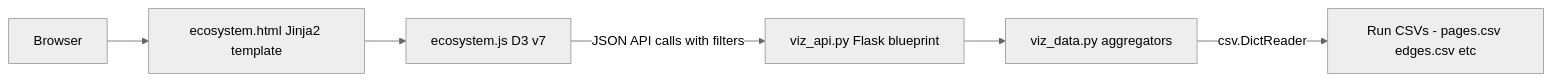
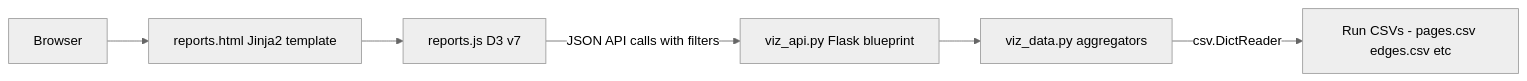
The seventh of 10 diagrams in architecture.md (hooperstu/CrawlStreetJournal), drawn with Mermaid (neutral theme) before and after one commit. The commit also changed other lines of this file and 2 other files, not shown here.

First line of the commit message:
docs: full audit and update of FUNCTIONAL_SPEC.md, architecture.md, and README.md (#11)

````diff
--- a/architecture.md
+++ b/architecture.md
@@ -580,15 +587,15 @@
 ```mermaid
 graph LR
     browser[Browser]
-    ecosystemHtml[ecosystem.html Jinja2 template]
-    ecosystemJs[ecosystem.js D3 v7]
+    reportsHtml[reports.html Jinja2 template]
+    reportsJs[reports.js D3 v7]
     vizApiBp[viz_api.py Flask blueprint]
     vizDataMod[viz_data.py aggregators]
     csvFiles[Run CSVs - pages.csv edges.csv etc]
 
-    browser --> ecosystemHtml
-    ecosystemHtml --> ecosystemJs
-    ecosystemJs -->|JSON API calls with filters| vizApiBp
+    browser --> reportsHtml
+    reportsHtml --> reportsJs
+    reportsJs -->|JSON API calls with filters| vizApiBp
     vizApiBp --> vizDataMod
     vizDataMod -->|csv.DictReader| csvFiles
 ```
````
